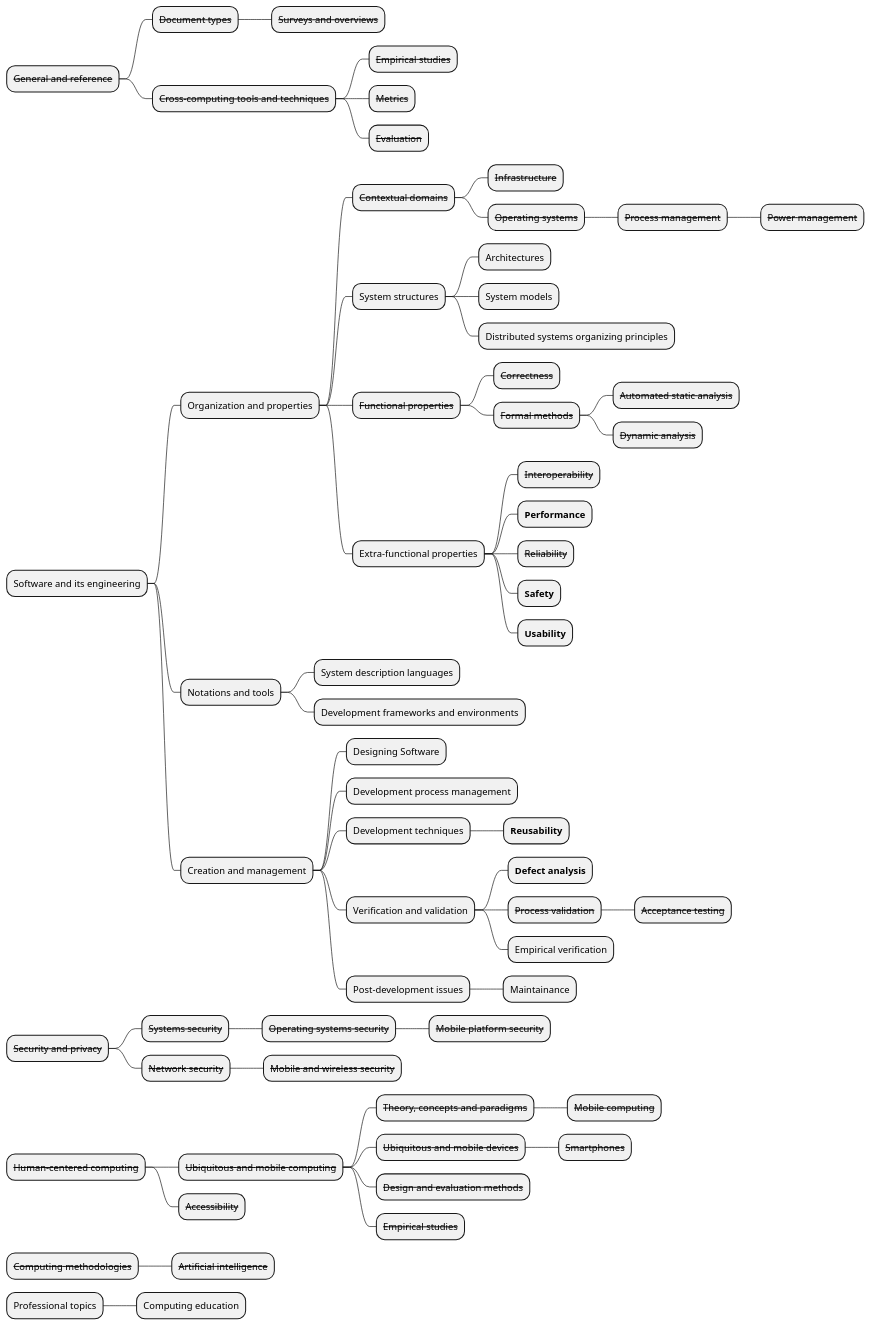
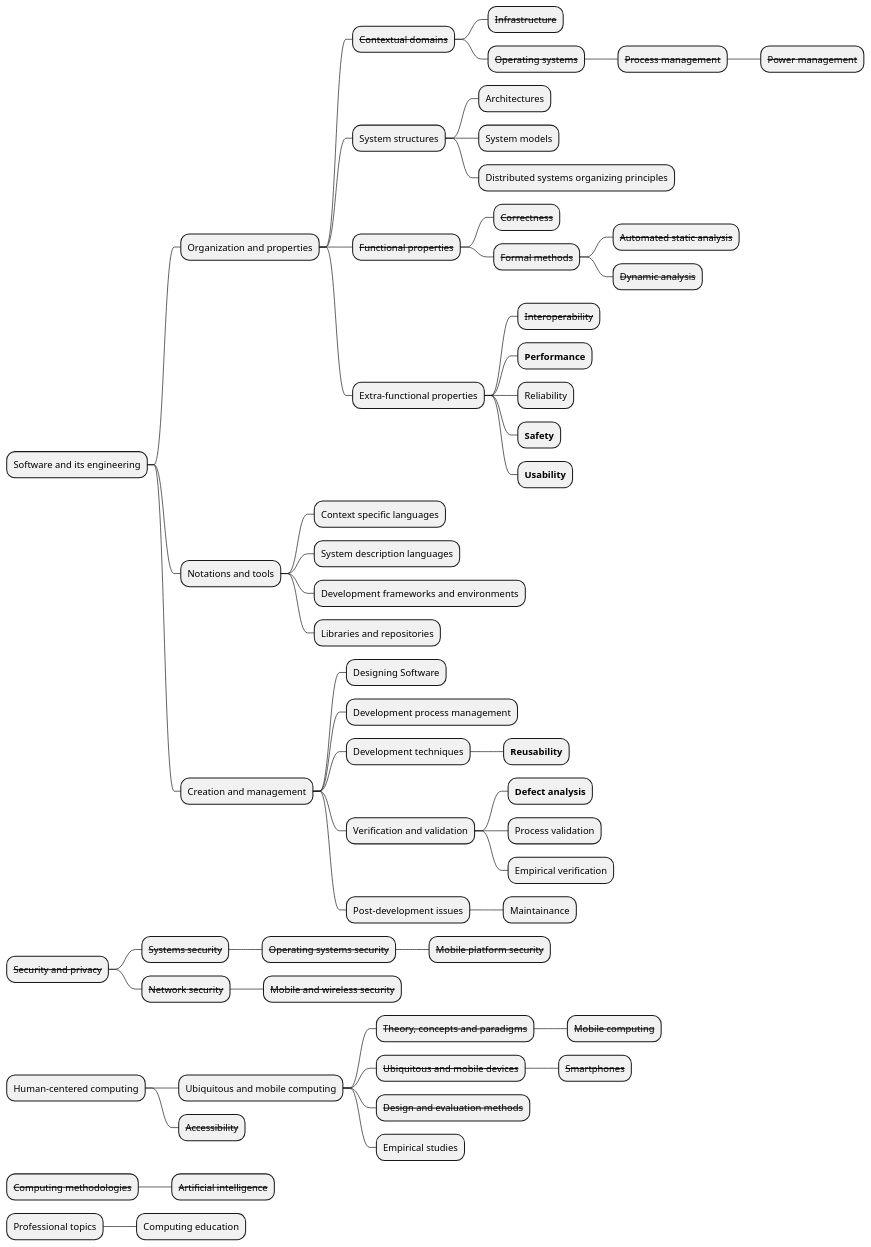
The diagram in mobileccs.pu (RobinNunkesser/plantuml), drawn with PlantUML before and after one commit.

```diff
--- a/mobileccs.pu
+++ b/mobileccs.pu
@@ -2,94 +2,89 @@
 @startmindmap
-* <s>General and reference</s>
-** <s>Document types</s>
-*** <s>Surveys and overviews</s>
-** <s>Cross-computing tools and techniques</s>
-*** <s>Empirical studies</s>
-*** <s>Metrics</s>
-*** <s>Evaluation</s>
 * Software and its engineering
 ** Organization and properties
 '** Software organization and properties
 *** <s>Contextual domains</s>
 '*** <s>Contextual software domains</s>
 **** <s>Infrastructure</s>
 '**** <s>Software infrastructure</s>
 **** <s>Operating systems</s>
 ***** <s>Process management</s>
 ****** <s>Power management</s>
 *** System structures
 '*** Software system structures
 **** Architectures
 '**** Software architectures
 **** System models
 '**** Software system models
 **** Distributed systems organizing principles
 '***** <s>Cloud computing</s>
 *** <s>Functional properties</s>
 '*** <s>Software functional properties</s>
 **** <s>Correctness</s>
 **** <s>Formal methods</s>
 ***** <s>Automated static analysis</s>
 ***** <s>Dynamic analysis</s>
 *** Extra-functional properties
 **** <s>Interoperability</s>
 **** <b>Performance</b>
-**** <s>Reliability</s>
+**** Reliability
 **** <b>Safety</b>
 **** <b>Usability</b>
 '**** <b>Software performance</b>
 '**** <s>Software reliability</s>
 '**** <b>Software safety</b>
 '**** <b>Software usability</b>
 ** Notations and tools
 '** Software notations and tools
+*** Context specific languages
 *** System description languages
 *** Development frameworks and environments
+*** Libraries and repositories
 ** Creation and management
 '** Software creation and management
 *** Designing Software
 *** Development process management
 '*** Software development process management
 *** Development techniques
 '*** Software development techniques
 **** <b>Reusability</b>
 *** Verification and validation
 '*** Software verification and validation
 **** <b>Defect analysis</b>
 '**** <b>Software defect analysis</b>
-**** <s>Process validation</s>
-***** <s>Acceptance testing</s>
+**** Process validation
+'***** <s>Acceptance testing</s>
 **** Empirical verification
 '**** Empirical software verification
 *** Post-development issues
 '*** Software post-development issues
 **** Maintainance
 '**** Maintaining Software
 * <s>Security and privacy</s>
 ** <s>Systems security</s>
 *** <s>Operating systems security</s>
 **** <s>Mobile platform security</s>
 ** <s>Network security</s>
 *** <s>Mobile and wireless security</s>
-* <s>Human-centered computing</s>
-** <s>Ubiquitous and mobile computing</s>
+* Human-centered computing
+** Ubiquitous and mobile computing
 *** <s>Theory, concepts and paradigms</s>
 **** <s>Mobile computing</s>
 *** <s>Ubiquitous and mobile devices</s>
 **** <s>Smartphones</s>
 *** <s>Design and evaluation methods</s>
-*** <s>Empirical studies</s>
+*** Empirical studies
 ** <s>Accessibility</s>
 * <s>Computing methodologies</s>
 ** <s>Artificial intelligence</s>
 * Professional topics
 ** Computing education
 '* <s>Wasserman</s>
 '** <s>User Experience </s>
 '** <s>Code reuse</s>
 '** <s>Networking</s>
 '** <s>Energy efficiency</s>
 '** <s>Data integrity</s>
 '** <s>Testing</s>
 '** <s>Portability and cross-platform development</s>
 @endmindmap
```
